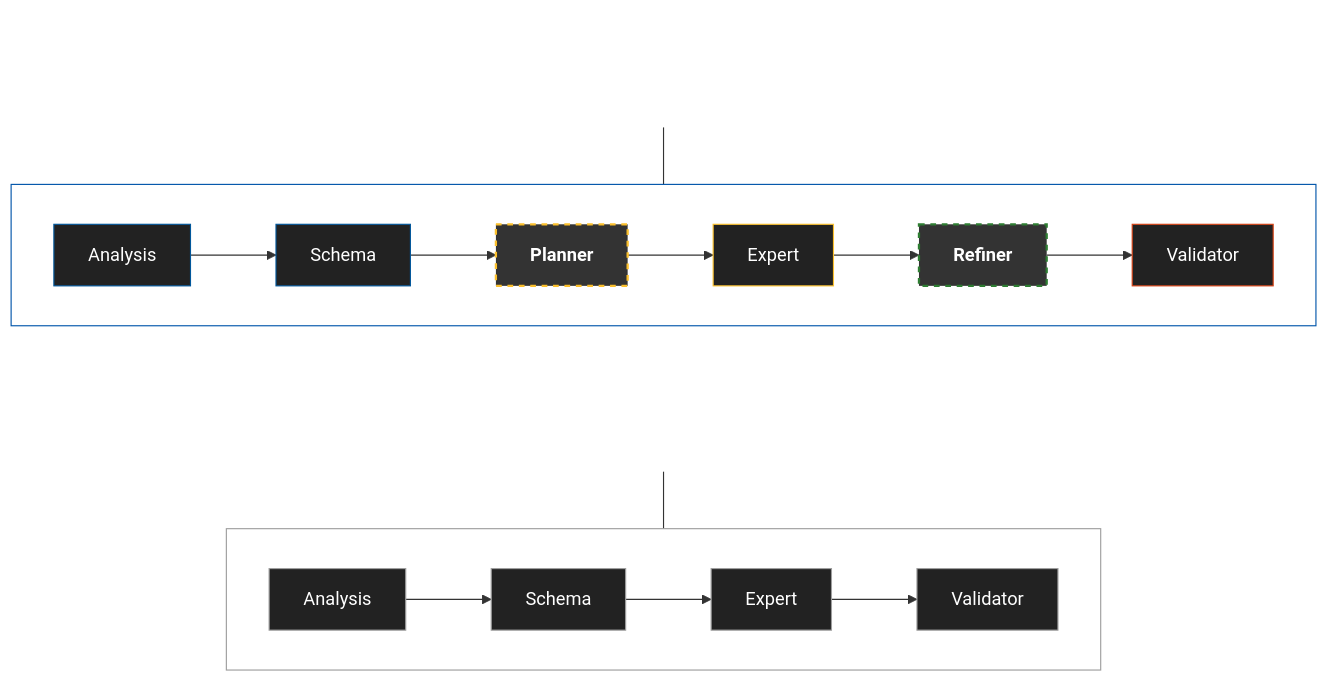
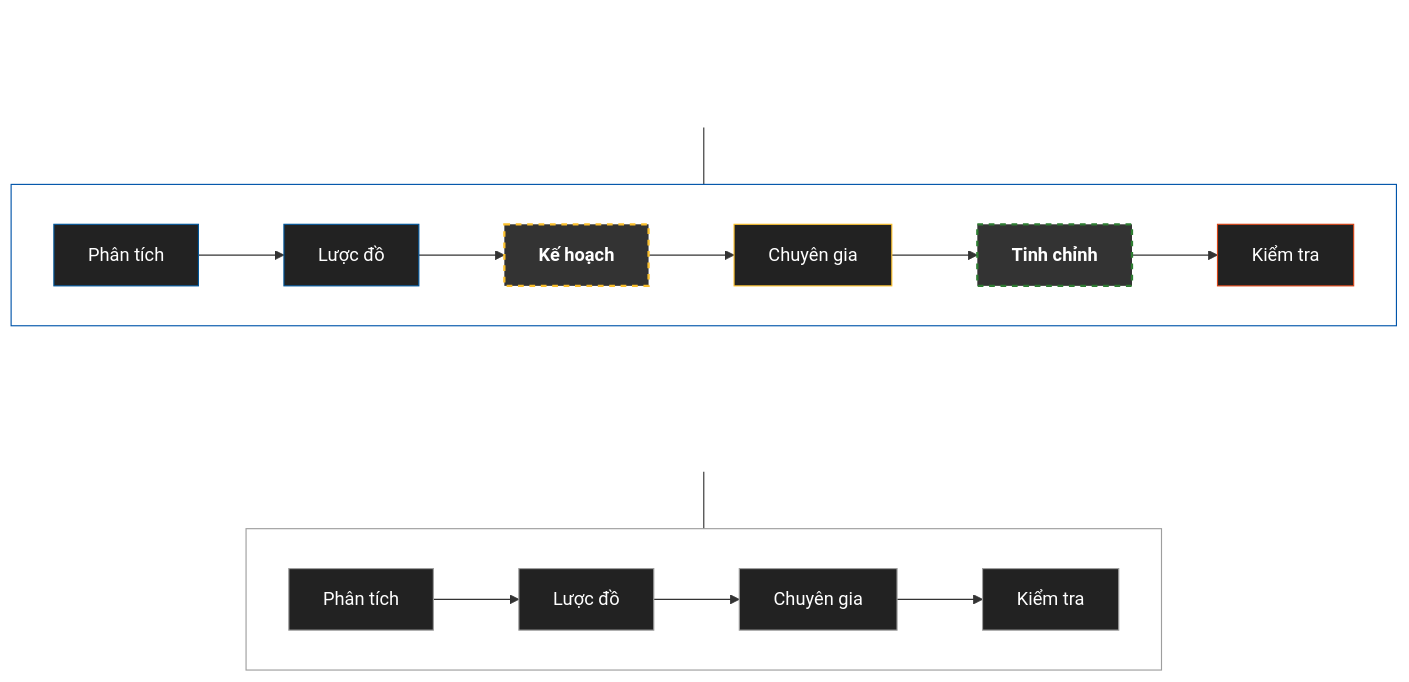
The third of 3 diagrams in report/complete_paper_combined_vi.md (thanhmiyata/luan-van-tot-nghiep), drawn with Mermaid before and after one commit. The commit also changed other lines of this file and 116 other files, not shown here.

````diff
--- a/report/complete_paper_combined_vi.md
+++ b/report/complete_paper_combined_vi.md
@@ -287,40 +287,40 @@
 ```mermaid
 graph TD
     Title6["<b>HỆ THỐNG ĐỀ XUẤT (6 TÁC NHÂN - ĐỘ CHÍNH XÁC CAO)</b>"]
     Title6 --- P6
     style Title6 fill:none,stroke:none,color:#fff
 
     subgraph P6 [" "]
         direction LR
-        A1["Analysis"] --> A2["Schema"] --> A3["<b>Planner</b>"] --> A4["Expert"] --> A5["<b>Refiner</b>"] --> A6["Validator"]
+        A1["Phân tích"] --> A2["Lược đồ"] --> A3["<b>Kế hoạch</b>"] --> A4["Chuyên gia"] --> A5["<b>Tinh chỉnh</b>"] --> A6["Kiểm tra"]
     end
 
     %% Khoảng cách
     P6 ~~~ Title4
 
     Title4["<b>QUY TRÌNH CƠ SỞ (4 TÁC NHÂN - TRUYỀN THỐNG)</b>"]
     Title4 --- P4
     style Title4 fill:none,stroke:none,color:#fff
 
     subgraph P4 [" "]
         direction LR
-        B1["Analysis"] --> B2["Schema"] --> B4["Expert"] --> B6["Validator"]
+        B1["Phân tích"] --> B2["Lược đồ"] --> B4["Chuyên gia"] --> B6["Kiểm tra"]
     end
 
     %% Style
     style A3 fill:#333,stroke:#fbc02d,stroke-width:2px,stroke-dasharray: 5 5,color:#fff
     style A5 fill:#333,stroke:#2e7d32,stroke-width:2px,stroke-dasharray: 5 5,color:#fff
     
     style P6 fill:transparent,stroke:#0055aa,color:#fff
     style P4 fill:transparent,stroke:#9e9e9e,color:#fff
 
     %% Node styles
     style A1 fill:#222,stroke:#01579b,color:#fff
     style A2 fill:#222,stroke:#01579b,color:#fff
     style A4 fill:#222,stroke:#fbc02d,color:#fff
     style A6 fill:#222,stroke:#d84315,color:#fff
     style B1 fill:#222,stroke:#9e9e9e,color:#fff
     style B2 fill:#222,stroke:#9e9e9e,color:#fff
     style B4 fill:#222,stroke:#9e9e9e,color:#fff
     style B6 fill:#222,stroke:#9e9e9e,color:#fff
 ```
````
